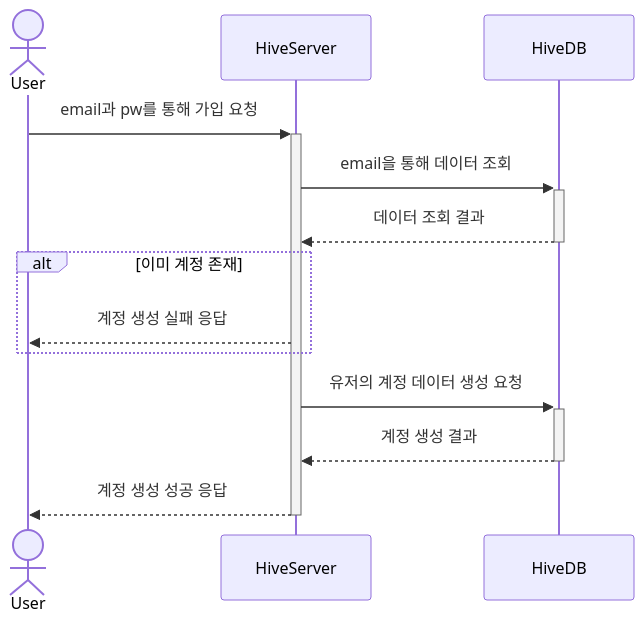
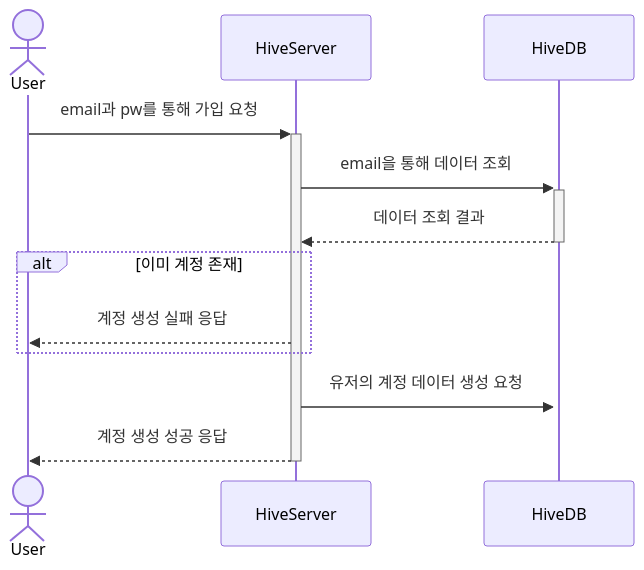
The second of 2 diagrams in SequenceDiagram.md (grace7040/Online-Omok-Server), drawn with Mermaid before and after one commit. The commit also changed other lines of this file, not shown here.

Commit message:
Docs: Sequence Diagram 수정

````diff
--- a/SequenceDiagram.md
+++ b/SequenceDiagram.md
@@ -25,16 +25,15 @@
 ```mermaid
 sequenceDiagram
     actor User
     participant HiveServer
     participant HiveDB
 
     User->>+HiveServer: email과 pw를 통해 가입 요청
     HiveServer->>+HiveDB: email을 통해 데이터 조회
     HiveDB-->>-HiveServer: 데이터 조회 결과
     alt 이미 계정 존재
         HiveServer-->>User: 계정 생성 실패 응답
     end
     HiveServer->>+HiveDB: 유저의 계정 데이터 생성 요청
-    HiveDB-->>-HiveServer: 계정 생성 결과
     HiveServer-->>-User: 계정 생성 성공 응답
 ```
````
